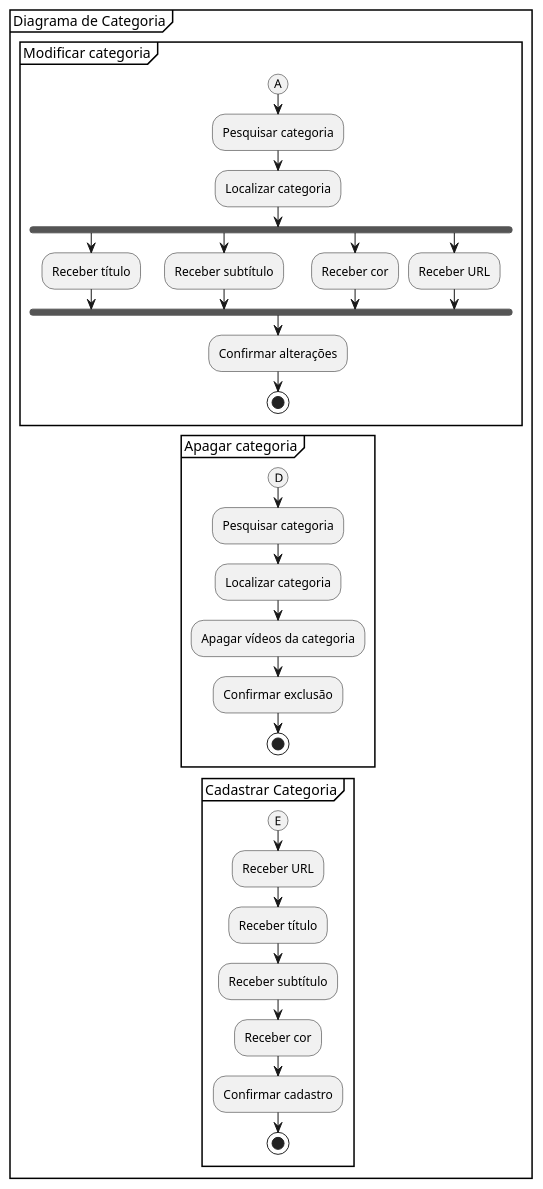
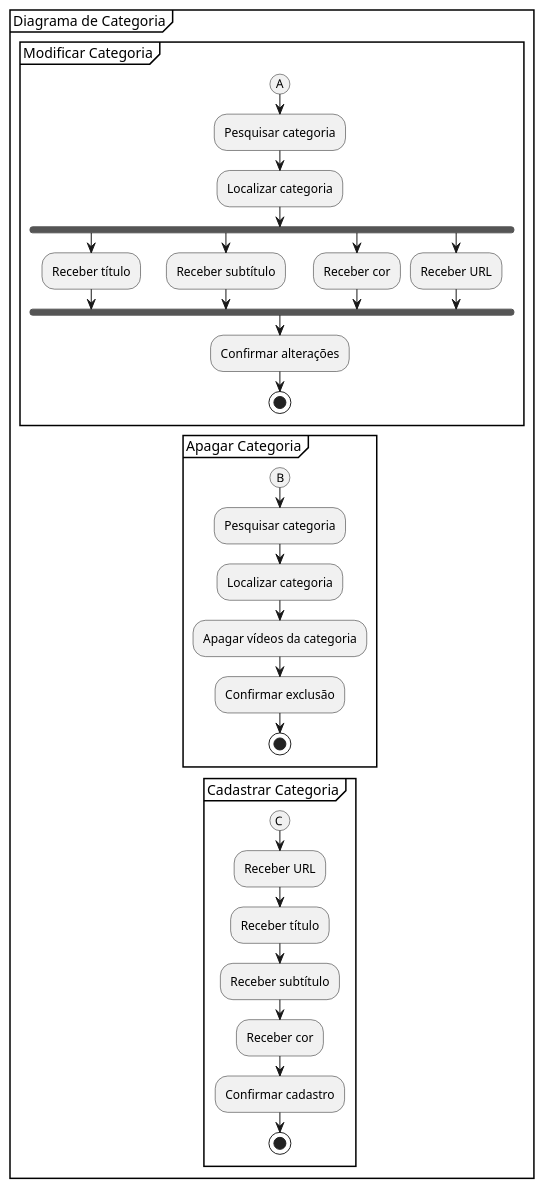
The diagram in Artefatos/Diagramas/Atividades/Diagrama_Atv_Categoria_Devflix.puml (MurylloEx/DevFlix-PSW), drawn with PlantUML before and after one commit. The commit also changed 4 other files, not shown here.

```diff
--- a/Artefatos/Diagramas/Atividades/Diagrama_Atv_Categoria_Devflix.puml
+++ b/Artefatos/Diagramas/Atividades/Diagrama_Atv_Categoria_Devflix.puml
@@ -1,39 +1,39 @@
-@startuml
+@startuml ActivityDiagramCategory
 
 partition "Diagrama de Categoria" {
-    partition "Modificar categoria" {
+    partition "Modificar Categoria" {
         (A)
         :Pesquisar categoria;
         :Localizar categoria;
         fork
         :Receber título;
         fork again
         :Receber subtítulo;
         fork again
         :Receber cor;
         fork again
         :Receber URL;
         end fork
         :Confirmar alterações;
         stop
     }
-    partition "Apagar categoria" {
-        (D)
+    partition "Apagar Categoria" {
+        (B)
         :Pesquisar categoria;
         :Localizar categoria;
         :Apagar vídeos da categoria;
         :Confirmar exclusão;
         stop
     }
         partition "Cadastrar Categoria" {
-        (E)
+        (C)
         :Receber URL;
         :Receber título;
         :Receber subtítulo;
         :Receber cor;
         :Confirmar cadastro;
         stop
     }
 }
 
 @enduml
```
